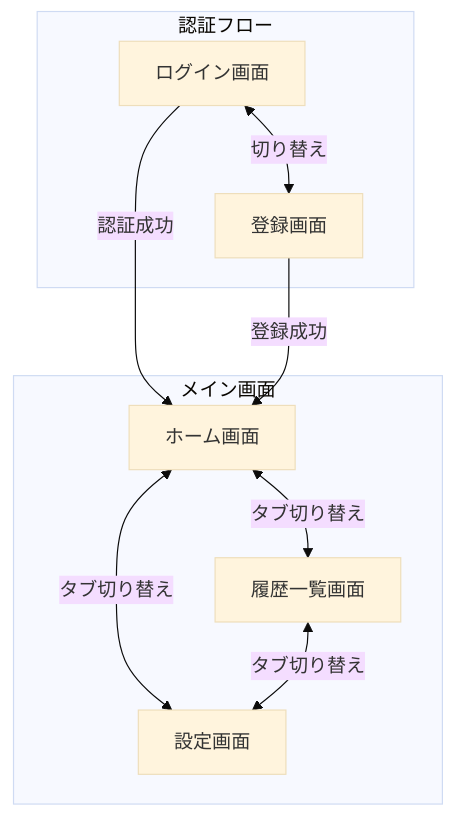
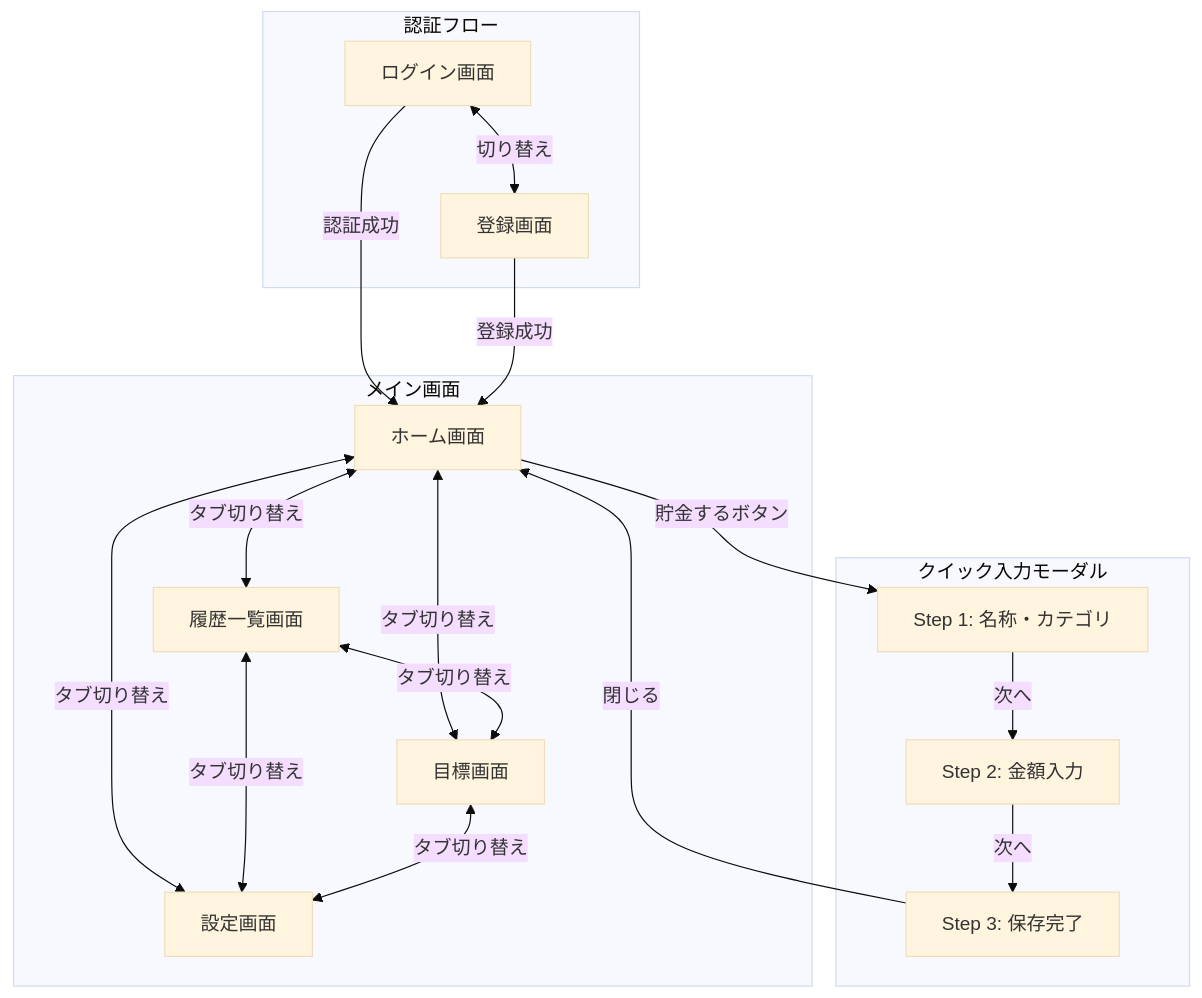
The diagram in docs/design/screen-design.md (shutanakai115/save-pet-app), drawn with Mermaid (base theme) before and after one commit. The commit also changed other lines of this file and 3 other files, not shown here.

````diff
--- a/docs/design/screen-design.md
+++ b/docs/design/screen-design.md
@@ -5,21 +16,36 @@
 ```mermaid
 flowchart TD
     subgraph auth [認証フロー]
         Login[ログイン画面]
         Signup[登録画面]
     end
 
     subgraph main [メイン画面]
         Home[ホーム画面]
         History[履歴一覧画面]
+        Goal[目標画面]
         Settings[設定画面]
+    end
+
+    subgraph quickInput [クイック入力モーダル]
+        Step1["Step 1: 名称・カテゴリ"]
+        Step2["Step 2: 金額入力"]
+        Step3["Step 3: 保存完了"]
     end
 
     Login -->|認証成功| Home
     Signup -->|登録成功| Home
     Login <-->|切り替え| Signup
-    
+
     Home <-->|タブ切り替え| History
+    Home <-->|タブ切り替え| Goal
     Home <-->|タブ切り替え| Settings
+    History <-->|タブ切り替え| Goal
     History <-->|タブ切り替え| Settings
+    Goal <-->|タブ切り替え| Settings
+
+    Home -->|貯金するボタン| Step1
+    Step1 -->|次へ| Step2
+    Step2 -->|次へ| Step3
+    Step3 -->|閉じる| Home
 ```
````
